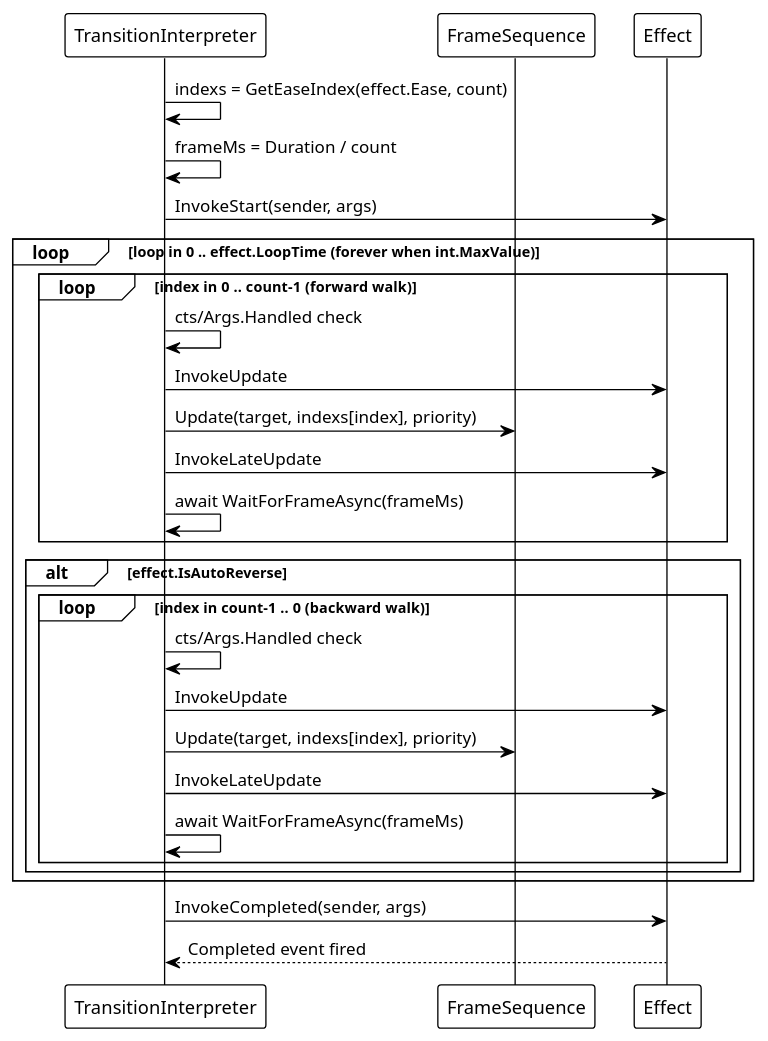
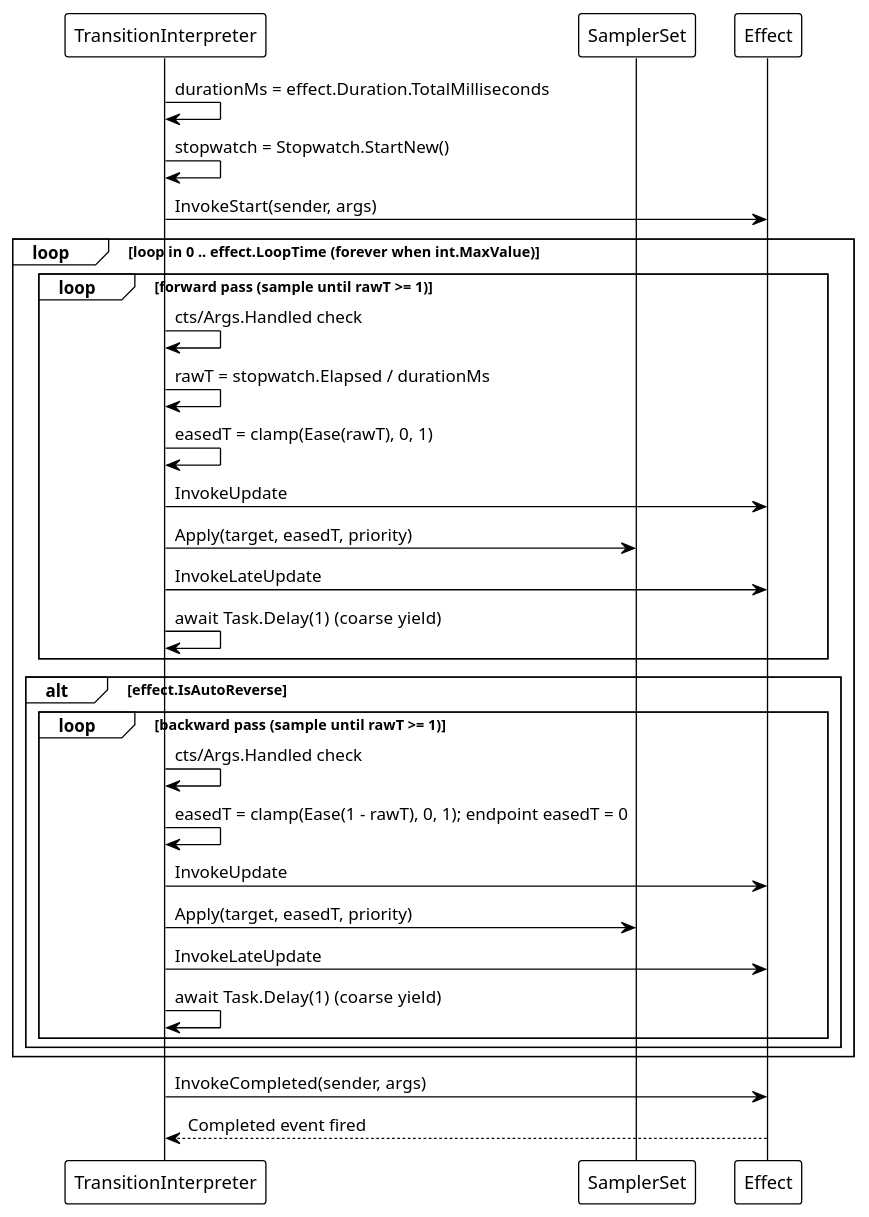
One commit to Axvser/VeloxDev.Docs changed the second of 4 diagrams in src/CloudGlyph/Assets/Docs/content/zh/3_SE分析/03_数据流分析/03_过渡动画/index.md. Above: the diagram before and after it, drawn with PlantUML. The commit also changed other lines of this file and 41 other files, not shown here.

First line of the commit message:
docs(transition): update for stateless sampler semantics (ISampler/ISampleable, SamplerSet)

````diff
--- a/src/CloudGlyph/Assets/Docs/content/zh/3_SE分析/03_数据流分析/03_过渡动画/index.md
+++ b/src/CloudGlyph/Assets/Docs/content/zh/3_SE分析/03_数据流分析/03_过渡动画/index.md
@@ -94,35 +99,38 @@
 ```plantuml
 @startuml
 !theme plain
 
 participant "TransitionInterpreter" as TI
-participant "FrameSequence" as FS
+participant "SamplerSet" as FUS
 participant "Effect" as EF
 
-TI -> TI: indexs = GetEaseIndex(effect.Ease, count)
-TI -> TI: frameMs = Duration / count
+TI -> TI: durationMs = effect.Duration.TotalMilliseconds
+TI -> TI: stopwatch = Stopwatch.StartNew()
 TI -> EF: InvokeStart(sender, args)
 
 loop loop in 0 .. effect.LoopTime (forever when int.MaxValue)
-    loop index in 0 .. count-1  (forward walk)
+    loop forward pass (sample until rawT >= 1)
         TI -> TI: cts/Args.Handled check
+        TI -> TI: rawT = stopwatch.Elapsed / durationMs
+        TI -> TI: easedT = clamp(Ease(rawT), 0, 1)
         TI -> EF: InvokeUpdate
-        TI -> FS: Update(target, indexs[index], priority)
+        TI -> FUS: Apply(target, easedT, priority)
         TI -> EF: InvokeLateUpdate
-        TI -> TI: await WaitForFrameAsync(frameMs)
+        TI -> TI: await Task.Delay(1)  (coarse yield)
     end
     alt effect.IsAutoReverse
-        loop index in count-1 .. 0  (backward walk)
+        loop backward pass (sample until rawT >= 1)
             TI -> TI: cts/Args.Handled check
+            TI -> TI: easedT = clamp(Ease(1 - rawT), 0, 1); endpoint easedT = 0
             TI -> EF: InvokeUpdate
-            TI -> FS: Update(target, indexs[index], priority)
+            TI -> FUS: Apply(target, easedT, priority)
             TI -> EF: InvokeLateUpdate
-            TI -> TI: await WaitForFrameAsync(frameMs)
+            TI -> TI: await Task.Delay(1)  (coarse yield)
         end
     end
 end
 
 TI -> EF: InvokeCompleted(sender, args)
 EF --> TI: Completed event fired
 @enduml
 ```
````
